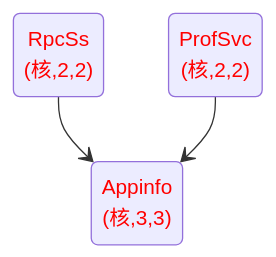
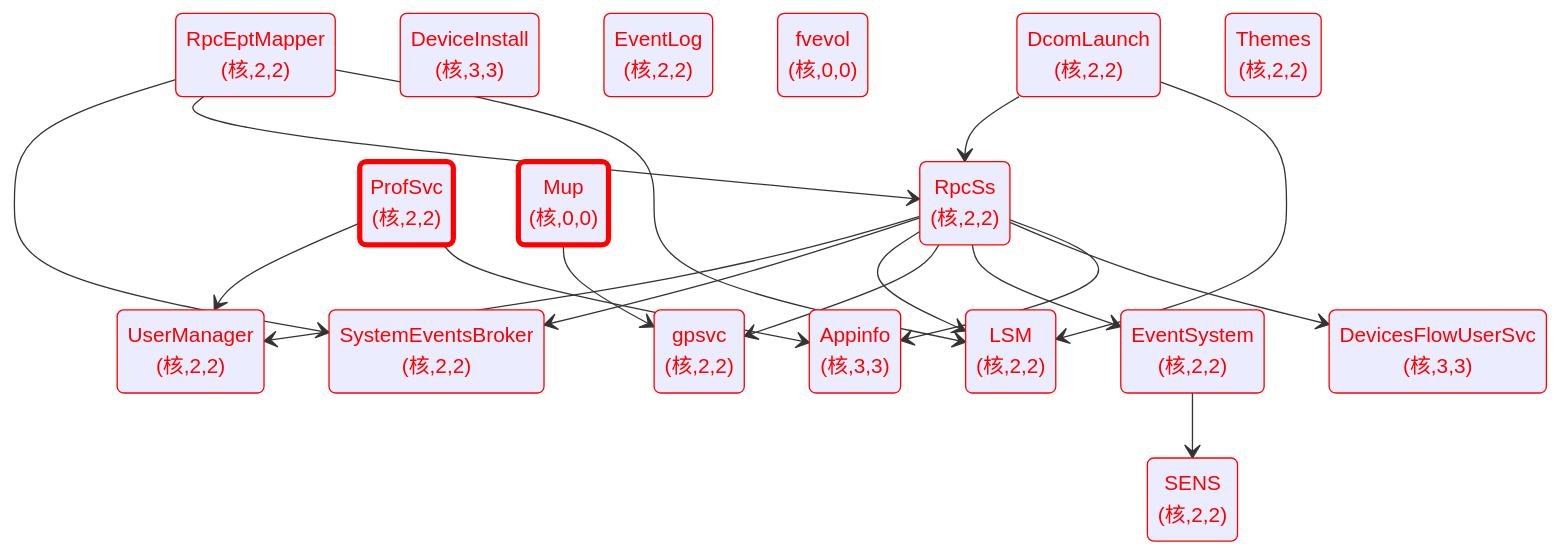
The diagram in softUsage/operatingSystem/windows/componentsAndServices.md (chinanoahli/personal_note), drawn with Mermaid before and after one commit. The commit also changed other lines of this file, not shown here.

Commit message:
docs: update windows components and services with Win10 19045.5073 22H2       Update DependOn mapping

````diff
--- a/softUsage/operatingSystem/windows/componentsAndServices.md
+++ b/softUsage/operatingSystem/windows/componentsAndServices.md
@@ -48,14 +58,65 @@
 ```mermaid
 stateDiagram-v2
 
-classDef coreService color:red,font-weight:bool
+classDef coreService stroke:red,color:red,font-weight:bool
+classDef hiddenCoreService stroke:red,stroke-width:4px,color:red,font-weight:bool
 
 state "Appinfo<br>(核,3,3)" as Appinfo
+state "DcomLaunch<br>(核,2,2)" as DcomLaunch
+state "DeviceInstall<br>(核,3,3)" as DeviceInstall
+state "DevicesFlowUserSvc<br>(核,3,3)" as DevicesFlowUserSvc
+state "EventLog<br>(核,2,2)" as EventLog
+state "EventSystem<br>(核,2,2)" as EventSystem
+state "fvevol<br>(核,0,0)" as fvevol
+state "gpsvc<br>(核,2,2)" as gpsvc
+state "LSM<br>(核,2,2)" as LSM
+state "RpcEptMapper<br>(核,2,2)" as RpcEptMapper
 state "RpcSs<br>(核,2,2)" as RpcSs
+state "SENS<br>(核,2,2)" as SENS
+state "SystemEventsBroker<br>(核,2,2)" as SystemEventsBroker
+state "Themes<br>(核,2,2)" as Theme
+state "UserManager<br>(核,2,2)" as UserManager
 state "ProfSvc<br>(核,2,2)" as ProfSvc
+state "Mup<br>(核,0,0)" as Mup
 
 RpcSs --> Appinfo
 ProfSvc --> Appinfo
+DcomLaunch
+DeviceInstall
+RpcSs --> DevicesFlowUserSvc
+EventLog
+RpcSs --> EventSystem
+fvevol
+RpcSs --> gpsvc
+Mup --> gpsvc
+DcomLaunch --> LSM
+RpcEptMapper --> LSM
+RpcSs --> LSM
+RpcEptMapper
+DcomLaunch --> RpcSs
+RpcEptMapper --> RpcSs
+EventSystem --> SENS
+RpcEptMapper --> SystemEventsBroker
+RpcSs --> SystemEventsBroker
+Theme
+ProfSvc --> UserManager
+RpcSs --> UserManager
 
-class RpcSs,Appinfo,ProfSvc coreService
+class Appinfo coreService
+class DcomLaunch coreService
+class DeviceInstall coreService
+class DevicesFlowUserSvc coreService
+class EventLog coreService
+class EventSystem coreService
+class fvevol coreService
+class gpsvc coreService
+class LSM coreService
+class RpcEptMapper coreService
+class RpcSs coreService
+class SENS coreService
+class SystemEventsBroker coreService
+class Theme coreService
+class UserManager coreService
+class ProfSvc hiddenCoreService
+class Mup hiddenCoreService
 ```
````
